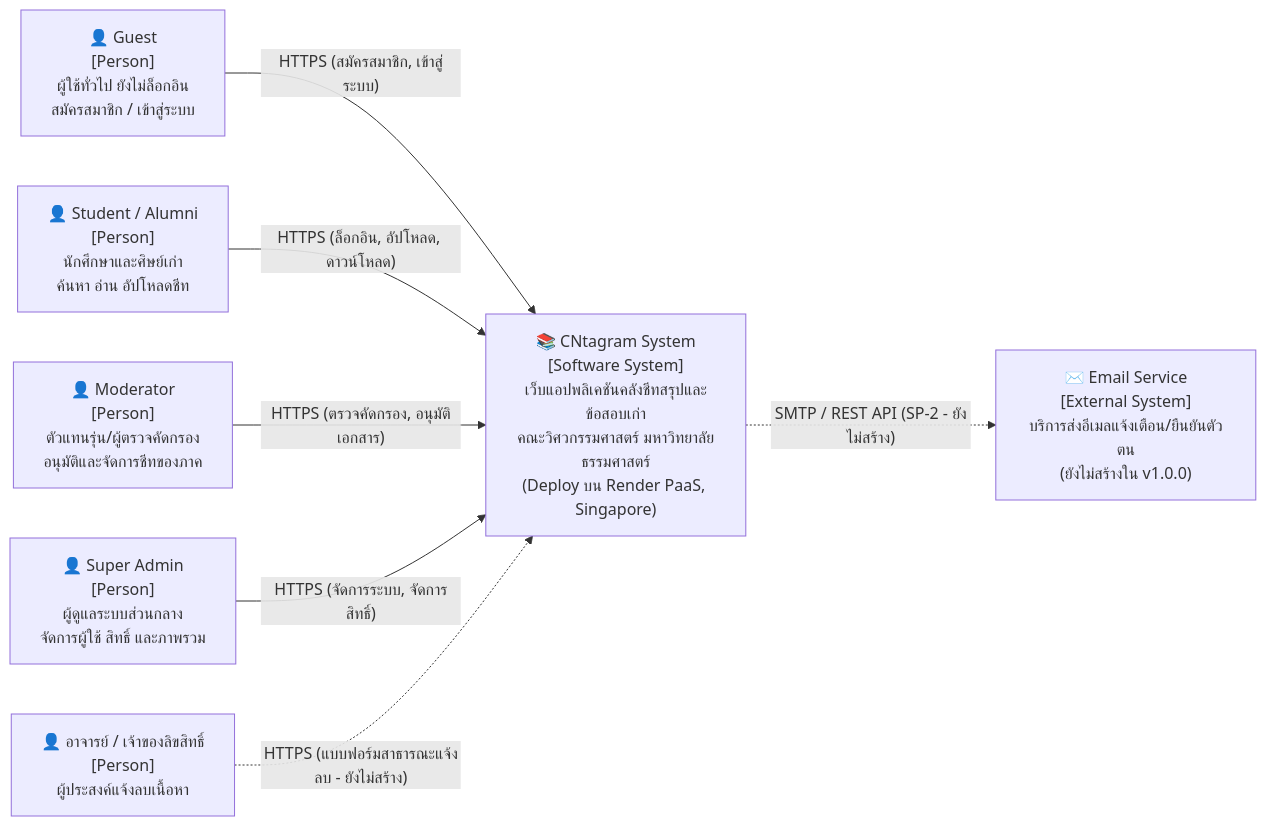
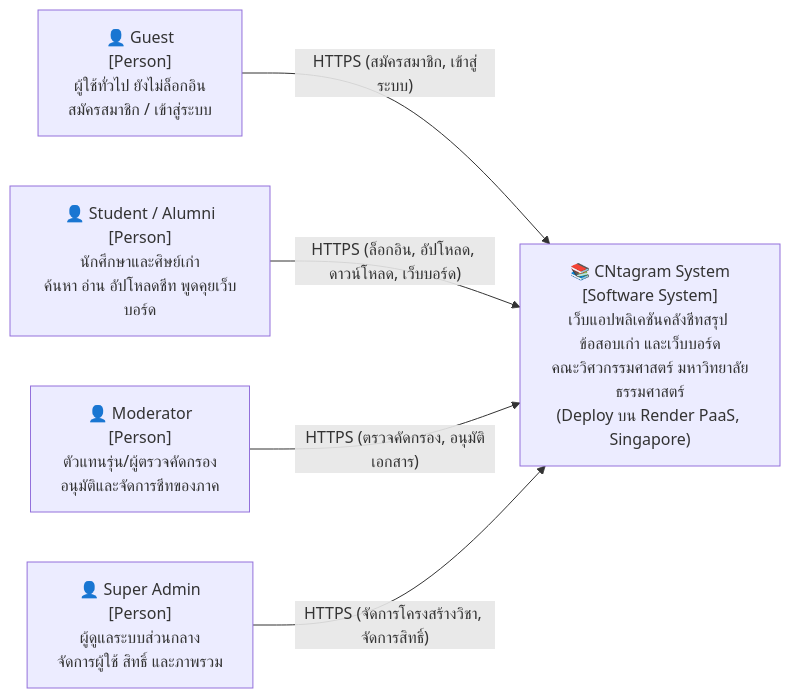
Before and after one commit to Jupiter4428/cntagram: the first of 2 diagrams in _docs/architecture/c4.md, drawn with Mermaid. The commit also changed other lines of this file and 14 other files, not shown here.

````diff
--- a/_docs/architecture/c4.md
+++ b/_docs/architecture/c4.md
@@ -12,19 +11,14 @@
 ```mermaid
 flowchart LR
     G["👤 Guest<br/>[Person]<br/>ผู้ใช้ทั่วไป ยังไม่ล็อกอิน<br/>สมัครสมาชิก / เข้าสู่ระบบ"]
-    S["👤 Student / Alumni<br/>[Person]<br/>นักศึกษาและศิษย์เก่า<br/>ค้นหา อ่าน อัปโหลดชีท"]
+    S["👤 Student / Alumni<br/>[Person]<br/>นักศึกษาและศิษย์เก่า<br/>ค้นหา อ่าน อัปโหลดชีท พูดคุยเว็บบอร์ด"]
     M["👤 Moderator<br/>[Person]<br/>ตัวแทนรุ่น/ผู้ตรวจคัดกรอง<br/>อนุมัติและจัดการชีทของภาค"]
     A["👤 Super Admin<br/>[Person]<br/>ผู้ดูแลระบบส่วนกลาง<br/>จัดการผู้ใช้ สิทธิ์ และภาพรวม"]
-    C["👤 อาจารย์ / เจ้าของลิขสิทธิ์<br/>[Person]<br/>ผู้ประสงค์แจ้งลบเนื้อหา"]
 
-    SYS["📚 CNtagram System<br/>[Software System]<br/>เว็บแอปพลิเคชันคลังชีทสรุปและข้อสอบเก่า<br/>คณะวิศวกรรมศาสตร์ มหาวิทยาลัยธรรมศาสตร์<br/>(Deploy บน Render PaaS, Singapore)"]
-
-    MAIL["✉️ Email Service<br/>[External System]<br/>บริการส่งอีเมลแจ้งเตือน/ยืนยันตัวตน<br/>(ยังไม่สร้างใน v1.0.0)"]
+    SYS["📚 CNtagram System<br/>[Software System]<br/>เว็บแอปพลิเคชันคลังชีทสรุป ข้อสอบเก่า และเว็บบอร์ด<br/>คณะวิศวกรรมศาสตร์ มหาวิทยาลัยธรรมศาสตร์<br/>(Deploy บน Render PaaS, Singapore)"]
 
     G -- "HTTPS (สมัครสมาชิก, เข้าสู่ระบบ)" --> SYS
-    S -- "HTTPS (ล็อกอิน, อัปโหลด, ดาวน์โหลด)" --> SYS
+    S -- "HTTPS (ล็อกอิน, อัปโหลด, ดาวน์โหลด, เว็บบอร์ด)" --> SYS
     M -- "HTTPS (ตรวจคัดกรอง, อนุมัติเอกสาร)" --> SYS
-    A -- "HTTPS (จัดการระบบ, จัดการสิทธิ์)" --> SYS
-    C -. "HTTPS (แบบฟอร์มสาธารณะแจ้งลบ - ยังไม่สร้าง)" .-> SYS
-    SYS -. "SMTP / REST API (SP-2 - ยังไม่สร้าง)" .-> MAIL
+    A -- "HTTPS (จัดการโครงสร้างวิชา, จัดการสิทธิ์)" --> SYS
 ```
````
